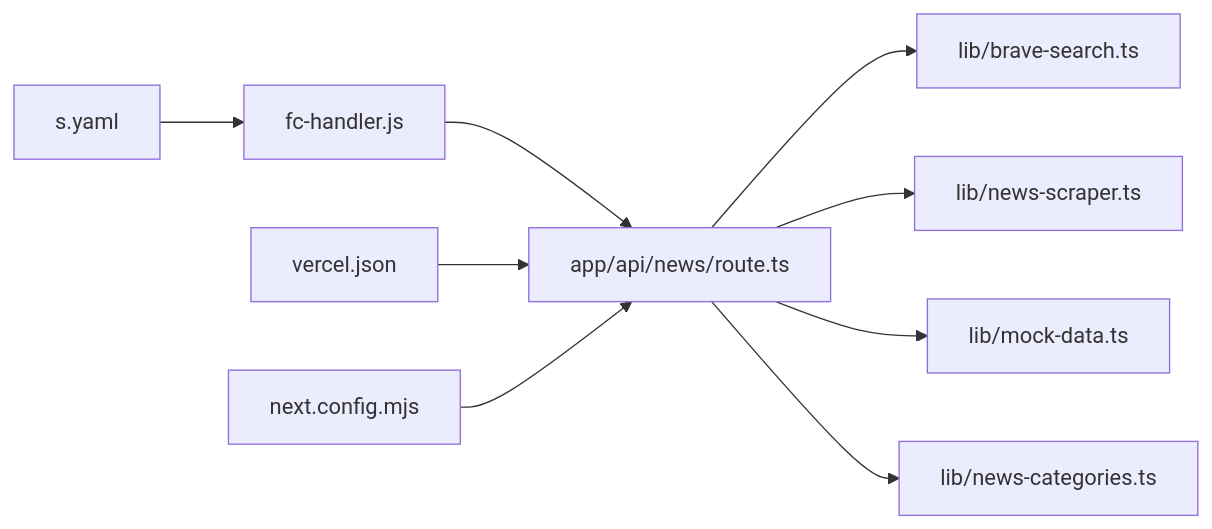
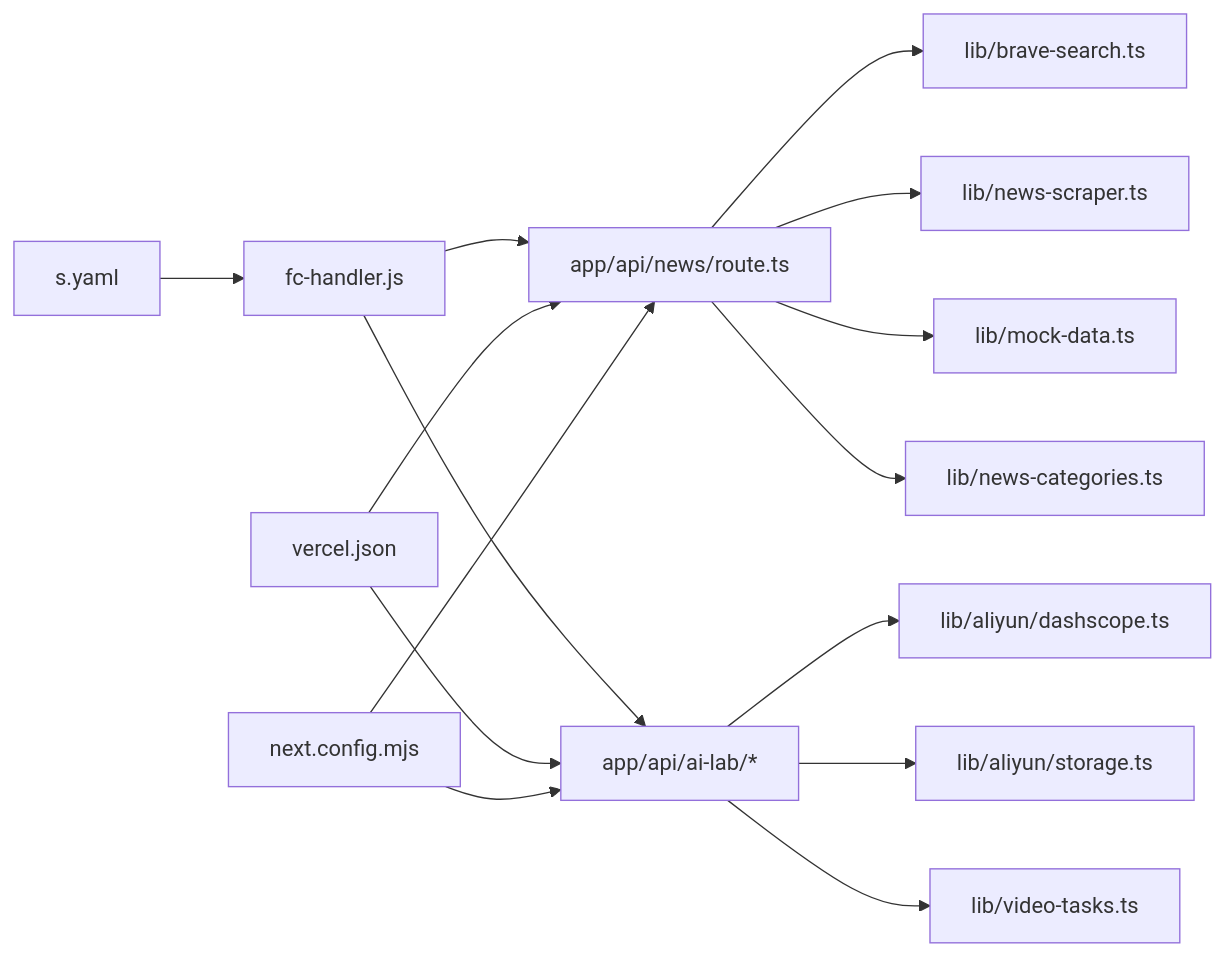
The eighth of 8 diagrams in .qoder/repowiki/zh/content/扩展和定制/第三方集成.md (zuozuoliu740-cmd/xianxiong-news), drawn with Mermaid before and after one commit. The commit also changed other lines of this file and 6 other files, not shown here.

````diff
--- a/.qoder/repowiki/zh/content/扩展和定制/第三方集成.md
+++ b/.qoder/repowiki/zh/content/扩展和定制/第三方集成.md
@@ -301,11 +467,17 @@
 ```mermaid
 graph LR
 Route["app/api/news/route.ts"] --> Brave["lib/brave-search.ts"]
 Route --> Scraper["lib/news-scraper.ts"]
 Route --> Mock["lib/mock-data.ts"]
 Route --> Cat["lib/news-categories.ts"]
+AILab["app/api/ai-lab/*"] --> Dash["lib/aliyun/dashscope.ts"]
+AILab --> Store["lib/aliyun/storage.ts"]
+AILab --> Tasks["lib/video-tasks.ts"]
 FC["fc-handler.js"] --> Route
+FC --> AILab
 SConf["s.yaml"] --> FC
 Vercel["vercel.json"] --> Route
+Vercel --> AILab
 NextCfg["next.config.mjs"] --> Route
+NextCfg --> AILab
 ```
````
